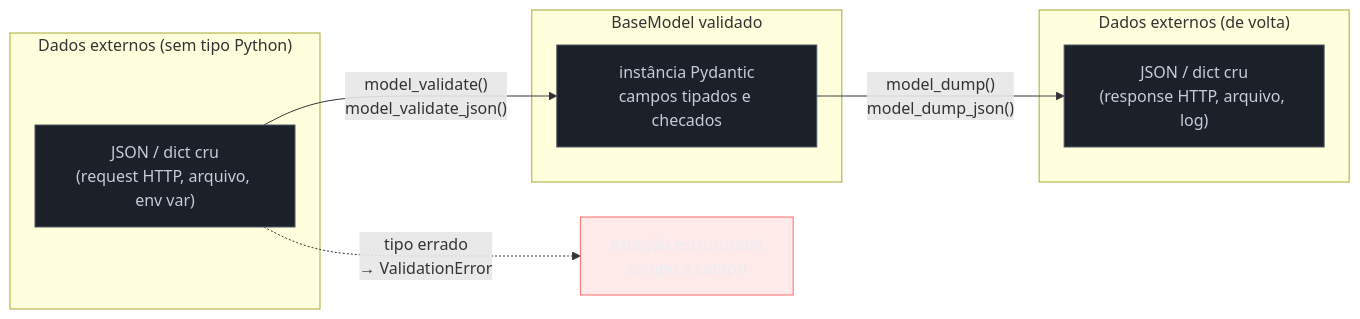
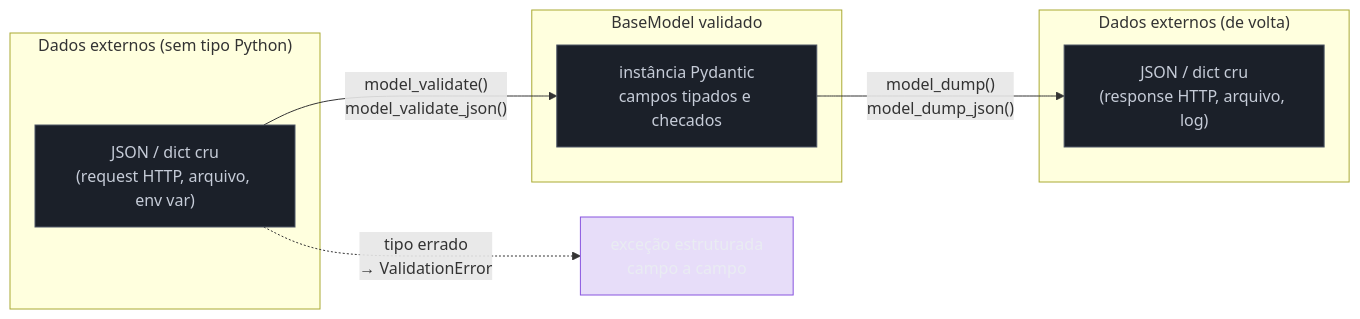
Before and after one commit to josenaldo/codex-technomanticus: the diagram in 03-Dominios/Tecnologia/Python/Tipagem moderna/06 - Pydantic — validação em runtime.md, drawn with Mermaid. The commit also changed 601 other files, not shown here.

````diff
--- a/03-Dominios/Tecnologia/Python/Tipagem moderna/06 - Pydantic — validação em runtime.md
+++ b/03-Dominios/Tecnologia/Python/Tipagem moderna/06 - Pydantic — validação em runtime.md
@@ -248,25 +248,25 @@
 ```mermaid
 flowchart LR
+    classDef marca fill:#8855DF33,stroke:#8855DF,color:#E9ECF2
     classDef neutro fill:#1B2029,stroke:#4E5666,color:#C6CCD8
-    classDef falha fill:#FF6B6B24,stroke:#FF6B6B,color:#E9ECF2
     subgraph Entrada["Dados externos (sem tipo Python)"]
         JSON["JSON / dict cru\n(request HTTP, arquivo, env var)"]
     end
 
     subgraph Validado["BaseModel validado"]
         OBJ["instância Pydantic\ncampos tipados e checados"]
     end
 
     subgraph Saida["Dados externos (de volta)"]
         JSON2["JSON / dict cru\n(response HTTP, arquivo, log)"]
     end
 
     JSON -->|"model_validate()\nmodel_validate_json()"| OBJ
     OBJ -->|"model_dump()\nmodel_dump_json()"| JSON2
     JSON -.->|"tipo errado\n→ ValidationError"| ERRO["exceção estruturada\ncampo a campo"]
 
     class JSON neutro
     class OBJ neutro
     class JSON2 neutro
-    class ERRO falha
+    class ERRO marca
 ```
````
